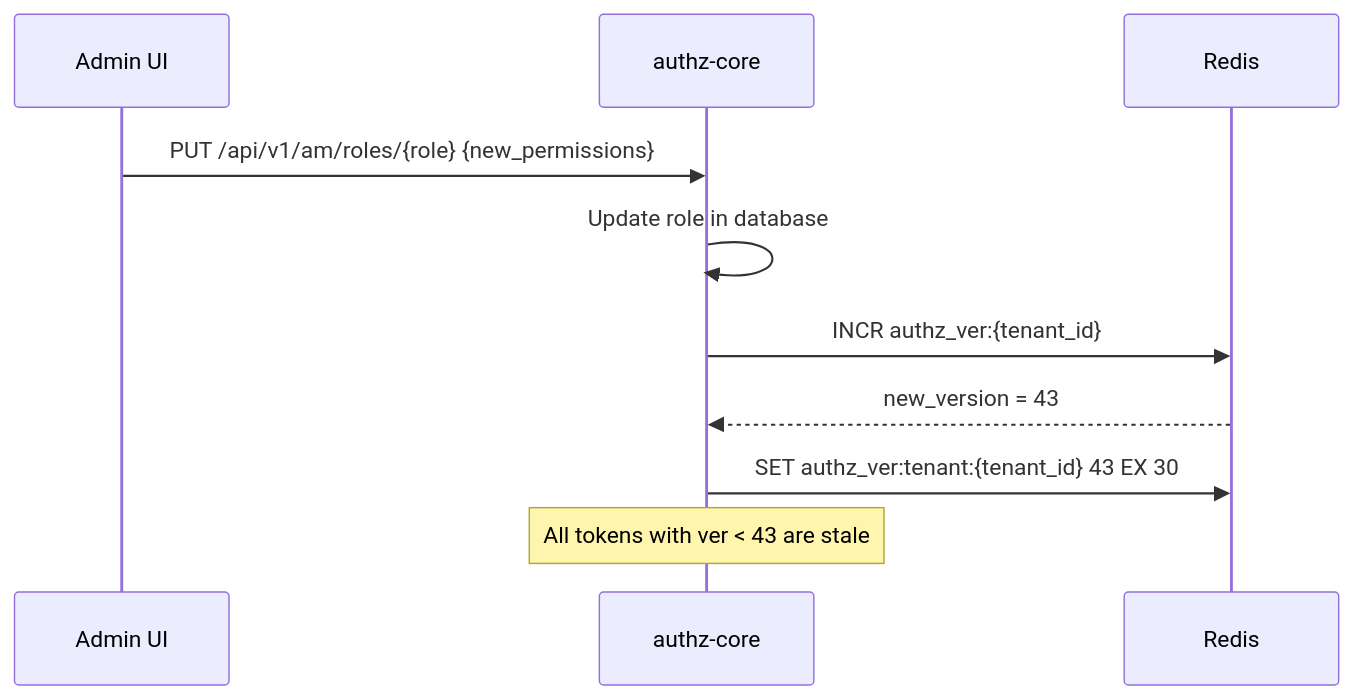
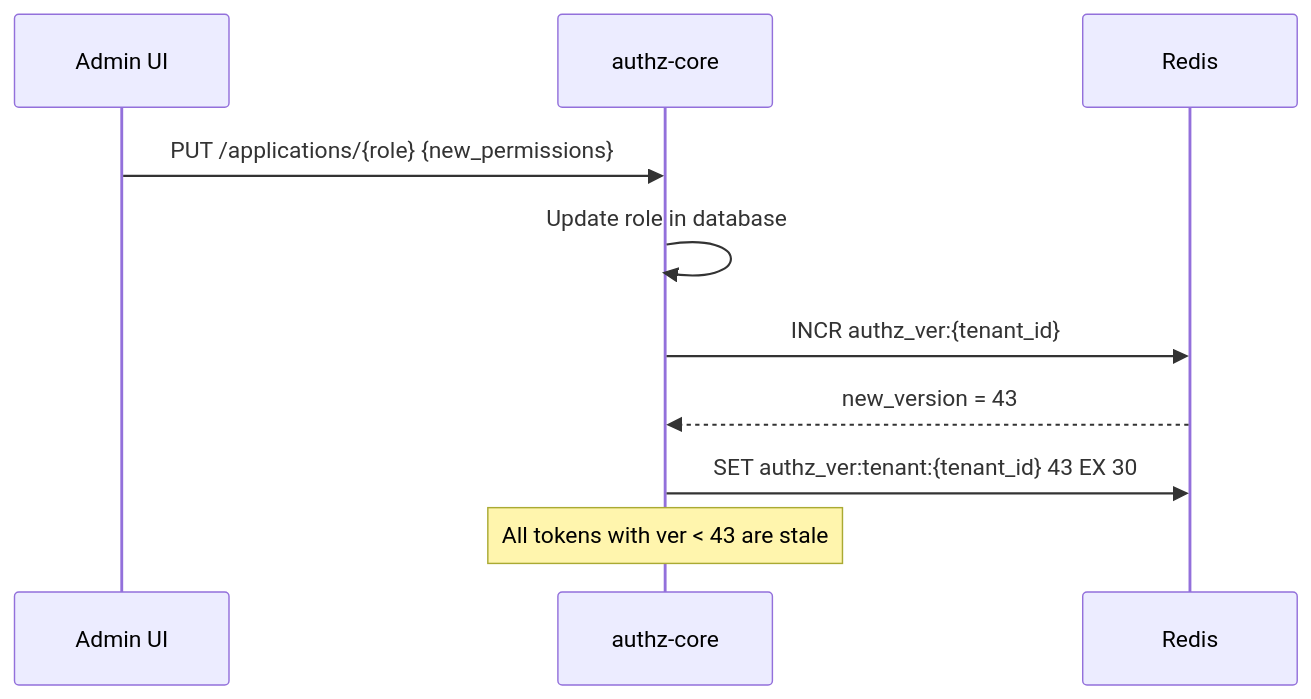
Before and after one commit to microscaler/sesame-idam: the first of 3 diagrams in docs/Epics/05-token-versioning/stories/story-5.1.md, drawn with Mermaid. The commit also changed 15 other files, not shown here.

````diff
--- a/docs/Epics/05-token-versioning/stories/story-5.1.md
+++ b/docs/Epics/05-token-versioning/stories/story-5.1.md
@@ -63,13 +63,13 @@
 ```mermaid
 sequenceDiagram
     participant Admin as Admin UI
     participant Authz as authz-core
     participant Redis
 
-    Admin->>Authz: PUT /api/v1/am/roles/{role} {new_permissions}
+    Admin->>Authz: PUT /applications/{role} {new_permissions}
     Authz->>Authz: Update role in database
     Authz->>Redis: INCR authz_ver:{tenant_id}
     Redis-->>Authz: new_version = 43
     Authz->>Redis: SET authz_ver:tenant:{tenant_id} 43 EX 30
     Note over Authz: All tokens with ver < 43 are stale
 ```
````
